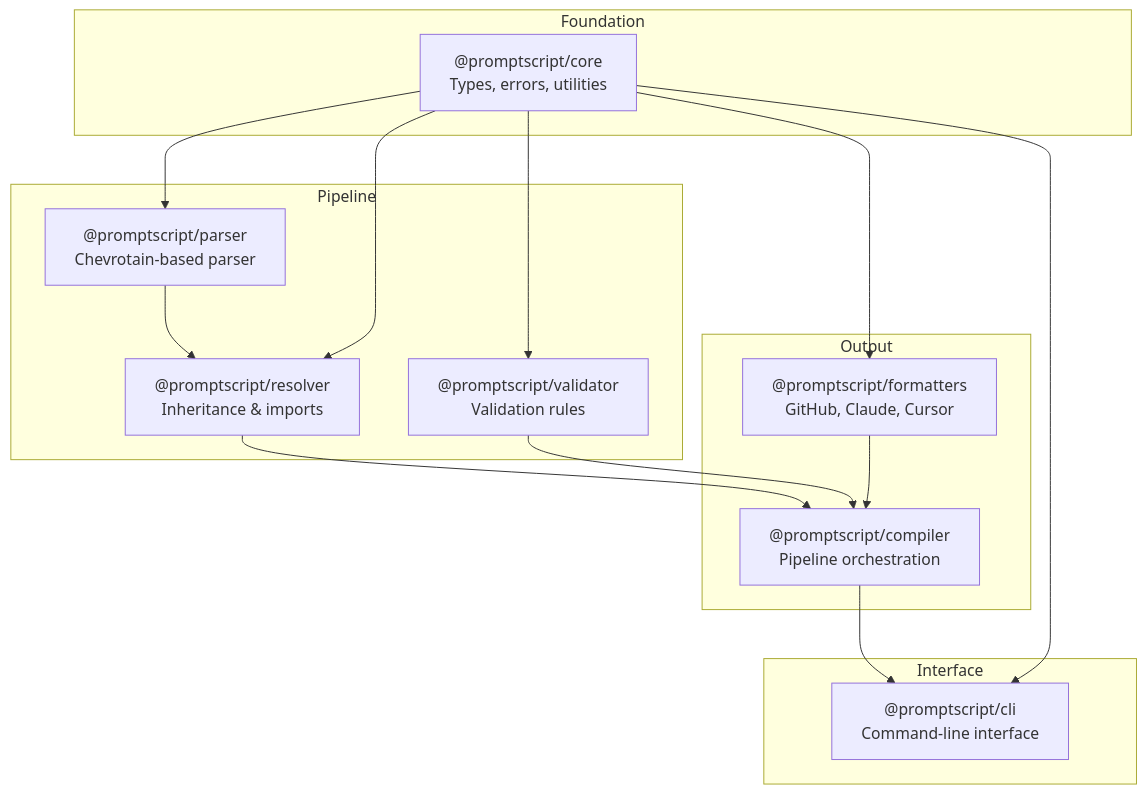
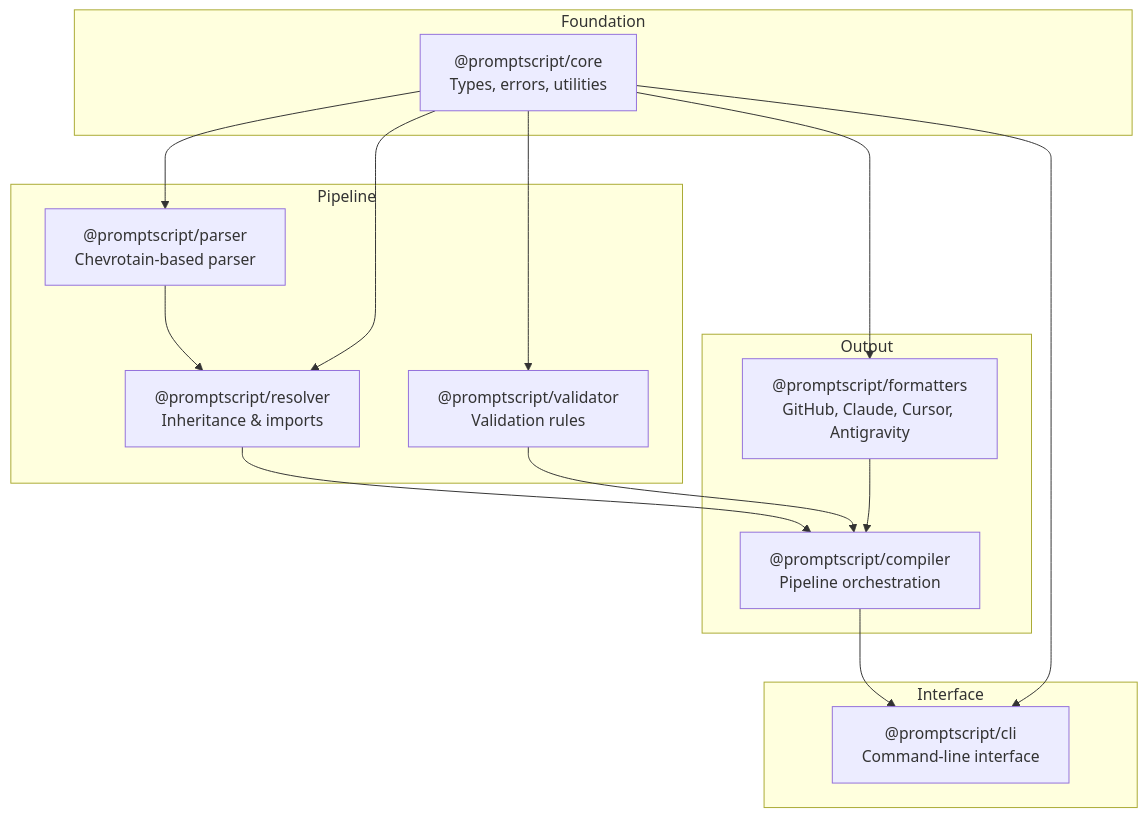
The diagram in docs/index.md (mrwogu/promptscript), drawn with Mermaid before and after one commit. The commit also changed other lines of this file and 12 other files, not shown here.

````diff
--- a/docs/index.md
+++ b/docs/index.md
@@ -135,32 +135,32 @@
 ```mermaid
 flowchart TB
     subgraph Foundation
         core["@promptscript/core<br/>Types, errors, utilities"]
     end
 
     subgraph Pipeline
         parser["@promptscript/parser<br/>Chevrotain-based parser"]
         resolver["@promptscript/resolver<br/>Inheritance & imports"]
         validator["@promptscript/validator<br/>Validation rules"]
     end
 
     subgraph Output
-        formatters["@promptscript/formatters<br/>GitHub, Claude, Cursor"]
+        formatters["@promptscript/formatters<br/>GitHub, Claude, Cursor, Antigravity"]
         compiler["@promptscript/compiler<br/>Pipeline orchestration"]
     end
 
     subgraph Interface
         cli["@promptscript/cli<br/>Command-line interface"]
     end
 
     core --> parser
     core --> validator
     core --> formatters
     parser --> resolver
     core --> resolver
     resolver --> compiler
     validator --> compiler
     formatters --> compiler
     compiler --> cli
     core --> cli
 ```
````
